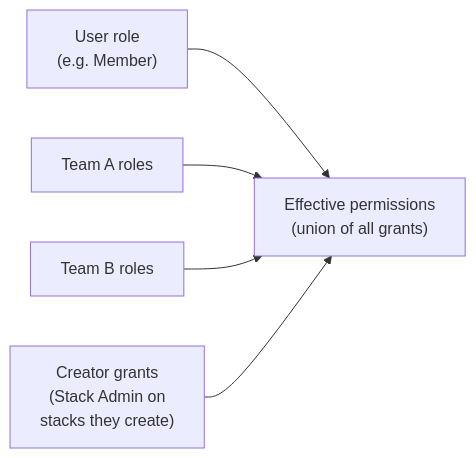
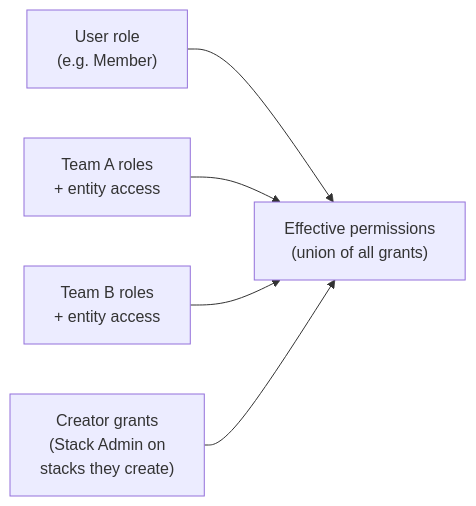
One commit to pulumi/docs changed the diagram in content/docs/administration/access-identity/rbac/_index.md. Above: the diagram before and after it, drawn with Mermaid. The commit also changed other lines of this file, not shown here.

Commit message:
Clarify that teams have both roles and entity access in RBAC intro

````diff
--- a/content/docs/administration/access-identity/rbac/_index.md
+++ b/content/docs/administration/access-identity/rbac/_index.md
@@ -43,7 +43,7 @@
 ```mermaid
 flowchart LR
     UR["User role<br/>(e.g. Member)"] --> EFF["Effective permissions<br/>(union of all grants)"]
-    TA["Team A roles"] --> EFF
-    TB["Team B roles"] --> EFF
+    TA["Team A roles<br/>+ entity access"] --> EFF
+    TB["Team B roles<br/>+ entity access"] --> EFF
     CG["Creator grants<br/>(Stack Admin on<br/>stacks they create)"] --> EFF
 ```
````
